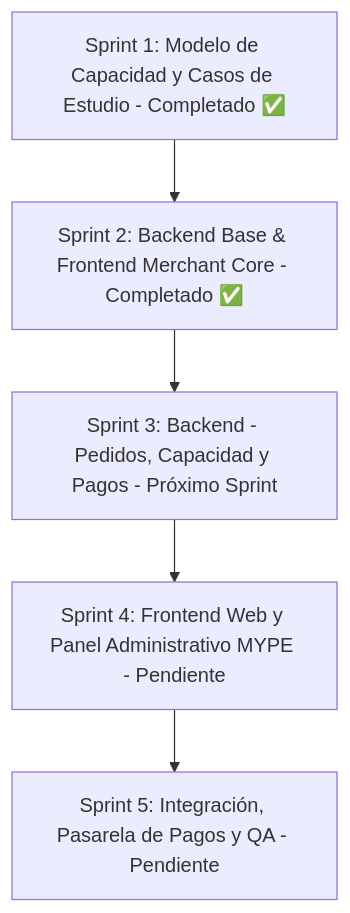
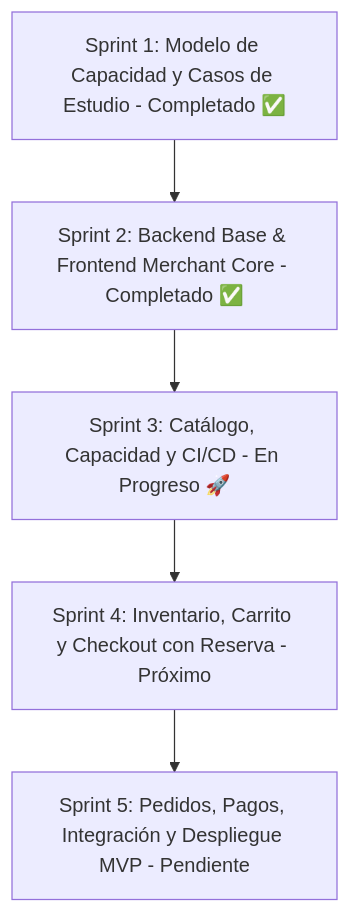
Before and after one commit to iJosueeh/jaldishop: the second of 2 diagrams in README.md, drawn with Mermaid. The commit also changed other lines of this file and 1 other file, not shown here.

Commit message:
docs: creacion del sprint 3 y actualizando README.md con las nuevas tareas

````diff
--- a/README.md
+++ b/README.md
@@ -114,10 +115,10 @@
 ```mermaid
 flowchart TD
     S1["Sprint 1: Modelo de Capacidad y Casos de Estudio - Completado ✅"]
     S2["Sprint 2: Backend Base & Frontend Merchant Core - Completado ✅"]
-    S3["Sprint 3: Backend - Pedidos, Capacidad y Pagos - Próximo Sprint"]
-    S4["Sprint 4: Frontend Web y Panel Administrativo MYPE - Pendiente"]
-    S5["Sprint 5: Integración, Pasarela de Pagos y QA - Pendiente"]
+    S3["Sprint 3: Catálogo, Capacidad y CI/CD - En Progreso 🚀"]
+    S4["Sprint 4: Inventario, Carrito y Checkout con Reserva - Próximo"]
+    S5["Sprint 5: Pedidos, Pagos, Integración y Despliegue MVP - Pendiente"]
 
     S1 --> S2 --> S3 --> S4 --> S5
 ```
````
